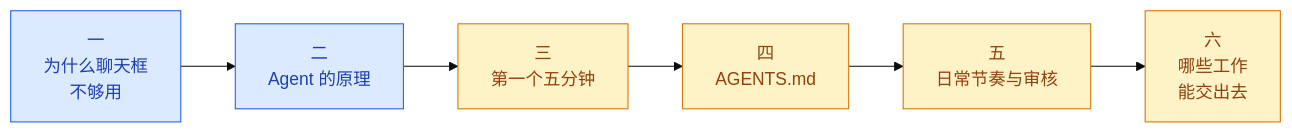
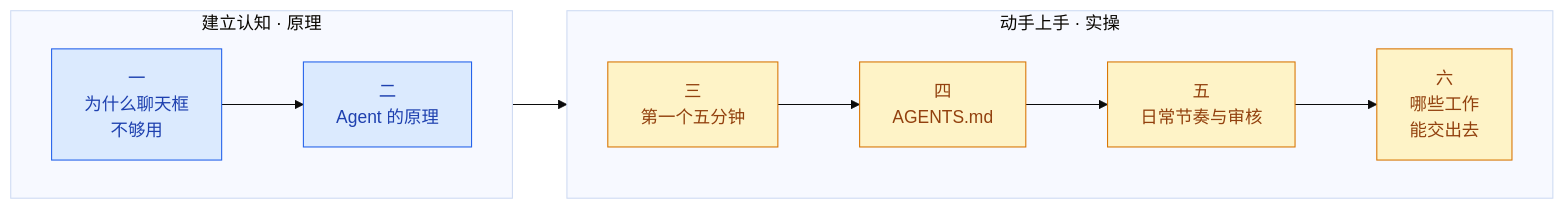
One commit to masonsxu/notes changed the first of 10 diagrams in ppt/ppt1-intro/opencode-getting-started.md. Above: the diagram before and after it, drawn with Mermaid (base theme). The commit also changed other lines of this file and 1 other file, not shown here.

First line of the commit message:
refactor: 依 design-doc-mermaid 标准重检全部图表（17→22 张）

````diff
--- a/ppt/ppt1-intro/opencode-getting-started.md
+++ b/ppt/ppt1-intro/opencode-getting-started.md
@@ -13,11 +13,17 @@
 ```mermaid
 flowchart LR
     classDef know fill:#DBEAFE,stroke:#2563EB,color:#1E40AF
     classDef act fill:#FEF3C7,stroke:#D97706,color:#92400E
 
-    P1["一<br/>为什么聊天框<br/>不够用"]:::know --> P2["二<br/>Agent 的原理"]:::know
-    P2 --> P3["三<br/>第一个五分钟"]:::act
-    P3 --> P4["四<br/>AGENTS.md"]:::act
-    P4 --> P5["五<br/>日常节奏与审核"]:::act
-    P5 --> P6["六<br/>哪些工作<br/>能交出去"]:::act
+    subgraph SG1["建立认知 · 原理"]
+        direction LR
+        P1["一<br/>为什么聊天框<br/>不够用"]:::know --> P2["二<br/>Agent 的原理"]:::know
+    end
+    subgraph SG2["动手上手 · 实操"]
+        direction LR
+        P3["三<br/>第一个五分钟"]:::act --> P4["四<br/>AGENTS.md"]:::act
+        P4 --> P5["五<br/>日常节奏与审核"]:::act
+        P5 --> P6["六<br/>哪些工作<br/>能交出去"]:::act
+    end
+    P2 --> P3
 ```
````
